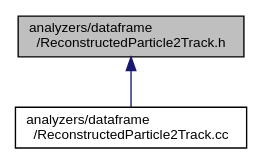
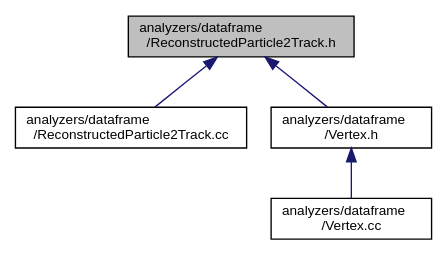
The diagram in doc/latest/_reconstructed_particle2_track_8h__dep__incl.dot (HEP-FCC/FCCAnalyses), drawn with Graphviz before and after one commit. The commit also changed 138 other files, not shown here.

```diff
--- a/doc/latest/_reconstructed_particle2_track_8h__dep__incl.dot
+++ b/doc/latest/_reconstructed_particle2_track_8h__dep__incl.dot
@@ -1,9 +1,13 @@
 digraph "analyzers/dataframe/ReconstructedParticle2Track.h"
 {
  // LATEX_PDF_SIZE
   edge [fontname="Helvetica",fontsize="10",labelfontname="Helvetica",labelfontsize="10"];
   node [fontname="Helvetica",fontsize="10",shape=record];
   Node1 [label="analyzers/dataframe\l/ReconstructedParticle2Track.h",height=0.2,width=0.4,color="black", fillcolor="grey75", style="filled", fontcolor="black",tooltip=" "];
   Node1 -> Node2 [dir="back",color="midnightblue",fontsize="10",style="solid",fontname="Helvetica"];
   Node2 [label="analyzers/dataframe\l/ReconstructedParticle2Track.cc",height=0.2,width=0.4,color="black", fillcolor="white", style="filled",URL="$_reconstructed_particle2_track_8cc.html",tooltip=" "];
+  Node1 -> Node3 [dir="back",color="midnightblue",fontsize="10",style="solid",fontname="Helvetica"];
+  Node3 [label="analyzers/dataframe\l/Vertex.h",height=0.2,width=0.4,color="black", fillcolor="white", style="filled",URL="$_vertex_8h.html",tooltip=" "];
+  Node3 -> Node4 [dir="back",color="midnightblue",fontsize="10",style="solid",fontname="Helvetica"];
+  Node4 [label="analyzers/dataframe\l/Vertex.cc",height=0.2,width=0.4,color="black", fillcolor="white", style="filled",URL="$_vertex_8cc.html",tooltip=" "];
 }
```
